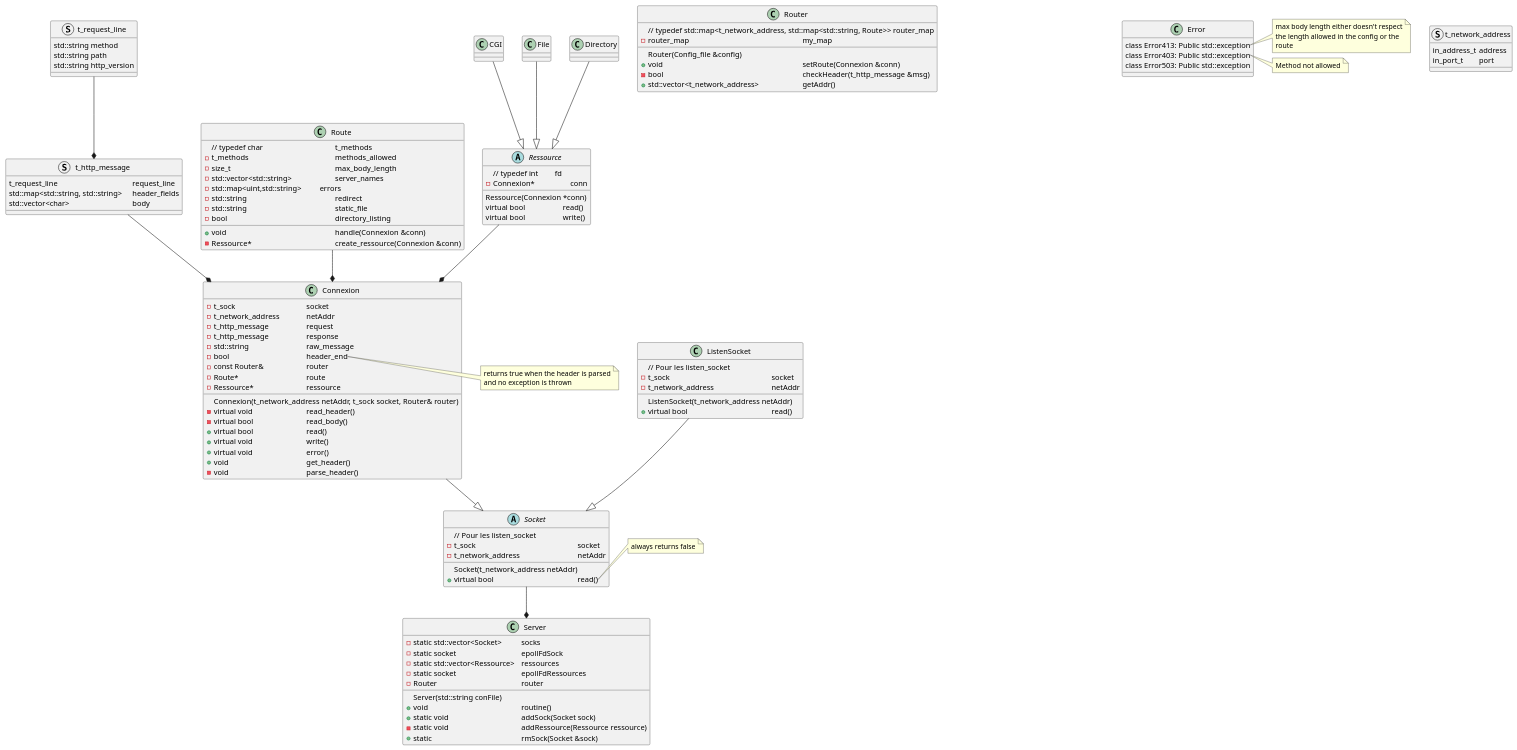
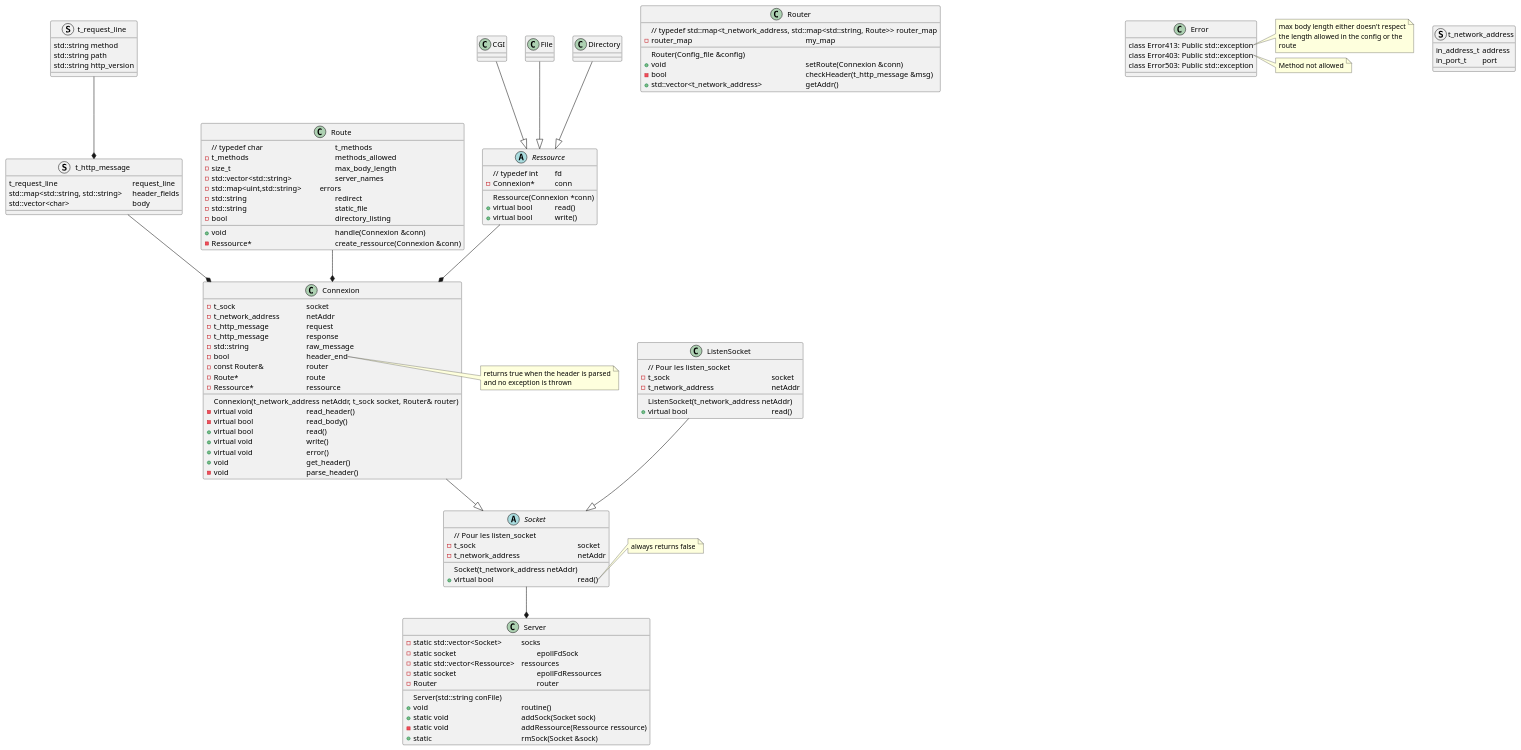
Before and after one commit to ouafabulous/webserv_42: the diagram in uml_scheme.plantuml, drawn with PlantUML.

```diff
--- a/uml_scheme.plantuml
+++ b/uml_scheme.plantuml
@@ -1,150 +1,150 @@
 @startuml
 'note "typedef int t_sock" as N1
 
 struct t_request_line {
 std::string method
 std::string path
 std::string http_version
 }
 
 struct t_http_message {
 t_request_line \t\t\t\t\trequest_line
 std::map<std::string, std::string> \theader_fields
 std::vector<char> \t\t\t\tbody
 }
 
 struct t_network_address {
 in_address_t	address
 in_port_t		port
 }
 
 abstract class Socket {
 // Pour les listen_socket
 -t_sock \t\t\t\t\t\t\tsocket
 -t_network_address				netAddr
 Socket(t_network_address netAddr)
 +virtual bool \t\t\t\t\t\tread()
 }
 note right of Socket::read
 always returns false
 endnote
 
 class ListenSocket {
 // Pour les listen_socket
 -t_sock \t\t\t\t\t\t\tsocket
 -t_network_address				netAddr
 ListenSocket(t_network_address netAddr)
 +virtual bool \t\t\t\t\t\tread()
 }
 
 class Connexion {
 -t_sock \t\t\t\t\tsocket
 -t_network_address		netAddr
 -t_http_message\t\t\trequest
 -t_http_message\t\t\tresponse
 -std::string \t\t\t\traw_message
 -bool	\t\t\t\theader_end
 -const Router&	\t\trouter
 -Route*\t\t\t\t\troute
 ' -catch Error:Error413
 ' -catch Error:Error403
 -Ressource*\t\t\t\tressource
 Connexion(t_network_address netAddr, t_sock socket, Router& router)
 -virtual void \t\t\t\tread_header()
 -virtual bool \t\t\t\tread_body()
 +virtual bool \t\t\t\tread()
 +virtual void \t\t\t\twrite()
 +virtual void \t\t\t\terror()
 +void \t\t\t\t\tget_header()
 -void \t\t\t\t\tparse_header()
 }
 note right of Connexion::header_end
 returns true when the header is parsed
 and no exception is thrown
 endnote
 
 class Server {
 Server(std::string conFile)
 -static std::vector<Socket>\t\tsocks
--static socket\t\t\t\t\tepollFdSock
+-static socket\t\t\t\t\t\tepollFdSock
 -static std::vector<Ressource> \tressources
--static socket\t\t\t\t\tepollFdRessources
--Router \t\t\t\t\t\trouter
+-static socket\t\t\t\t\t\tepollFdRessources
+-Router \t\t\t\t\t\t\trouter
 +void\t\t\t\t\t\t\troutine()
 +static void\t\t\t\t\taddSock(Socket sock)
 -static void\t\t\t\t\taddRessource(Ressource ressource)
 +static \t\t\t\t\t\trmSock(Socket &sock)
 }
 
 class Router{
 // typedef std::map<t_network_address, std::map<std::string, Route>> router_map
 Router(Config_file &config)
 -router_map 								my_map
 +void 									setRoute(Connexion &conn)
 -bool 									checkHeader(t_http_message &msg)
 +std::vector<t_network_address>			getAddr()
 
 }
 note right of Router::set_route
 Ne set route que si prerequisites are good
 endnote
 
 class Route{
  // typedef char \t\t\t\t\tt_methods
 -t_methods \t\\t\t\t\t\tmethods_allowed
 -size_t \t\t\t\t\t\t\tmax_body_length
 -std::vector<std::string>   \t\t\tserver_names
 -std::map<uint,std::string> \t\terrors
 -std::string \t\t\t\t\t\tredirect
 -std::string \t\t\t\t\t\tstatic_file
 -bool \t\t\t\t\t\t\tdirectory_listing
 
 +void \t\t\t\t\t\t\thandle(Connexion &conn)
 -Ressource* \t\t\t\t\t\tcreate_ressource(Connexion &conn)
 }
 
 Abstract class Ressource{
 // typedef int		fd
 Ressource(Connexion *conn)
--Connexion*		\tconn
-virtual bool			read()
-virtual bool			write()
+-Connexion* \t\tconn
++virtual bool \t\tread()
++virtual bool \t\twrite()
 }
 
 class	CGI{
 	' catch Error::Error503
 }
 
 class 	File{
 
 }
 
 class	Directory{
 
 }
 
 class Error{
 class Error413: Public std::exception
 class Error403: Public std::exception
 class Error503: Public std::exception
 }
 note right of Error::Error413
 max body length either doesn't respect
 the length allowed in the config or the
 route
 endnote
 note right of Error::Error403
 Method not allowed
 endnote
 
 ListenSocket --|> Socket
 Ressource --* Connexion
 CGI--|> Ressource
 File--|> Ressource
 Directory--|> Ressource
 Connexion --|> Socket
 Socket --* Server
 Route --* Connexion
 t_request_line --* t_http_message
 t_http_message --* Connexion
 @enduml
```
